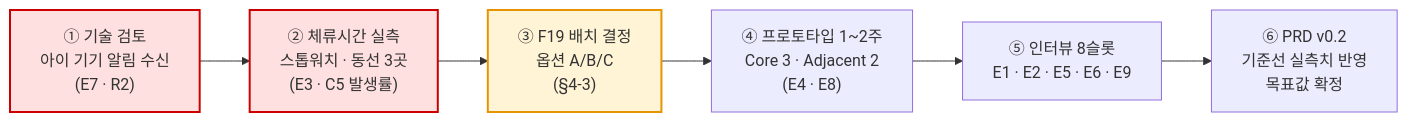
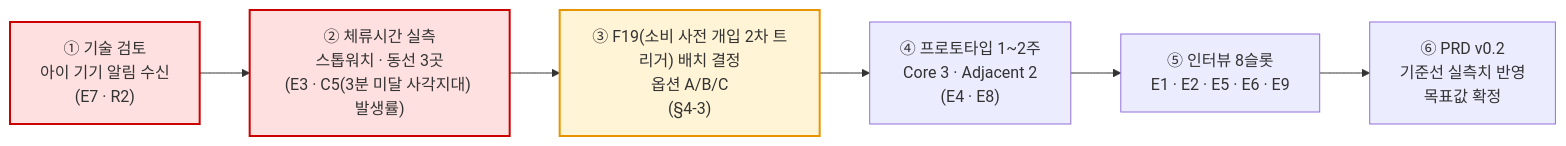
The first of 5 diagrams in 공용공간/9. PRD/PRD_핀프렌즈_v0_2.md (scene-one/team1_fin-friends), drawn with Mermaid before and after one commit. The commit also changed other lines of this file, not shown here.

````diff
--- a/공용공간/9. PRD/PRD_핀프렌즈_v0_2.md
+++ b/공용공간/9. PRD/PRD_핀프렌즈_v0_2.md
@@ -666,12 +740,12 @@
 ```mermaid
 flowchart LR
-    A["① 기술 검토<br/>아이 기기 알림 수신<br/>(E7 · R2)"] --> B["② 체류시간 실측<br/>스톱워치 · 동선 3곳<br/>(E3 · C5 발생률)"]
-    B --> C["③ F19 배치 결정<br/>옵션 A/B/C<br/>(§4-3)"]
+    A["① 기술 검토<br/>아이 기기 알림 수신<br/>(E7 · R2)"] --> B["② 체류시간 실측<br/>스톱워치 · 동선 3곳<br/>(E3 · C5(3분 미달 사각지대) 발생률)"]
+    B --> C["③ F19(소비 사전 개입 2차 트리거) 배치 결정<br/>옵션 A/B/C<br/>(§4-3)"]
     C --> D["④ 프로토타입 1~2주<br/>Core 3 · Adjacent 2<br/>(E4 · E8)"]
     D --> E["⑤ 인터뷰 8슬롯<br/>E1 · E2 · E5 · E6 · E9"]
     E --> F["⑥ PRD v0.2<br/>기준선 실측치 반영<br/>목표값 확정"]
 
     style A fill:#ffe0e0,stroke:#c00,stroke-width:2px
     style B fill:#ffe0e0,stroke:#c00,stroke-width:2px
     style C fill:#fff4d6,stroke:#e69500,stroke-width:2px
 ```
````
